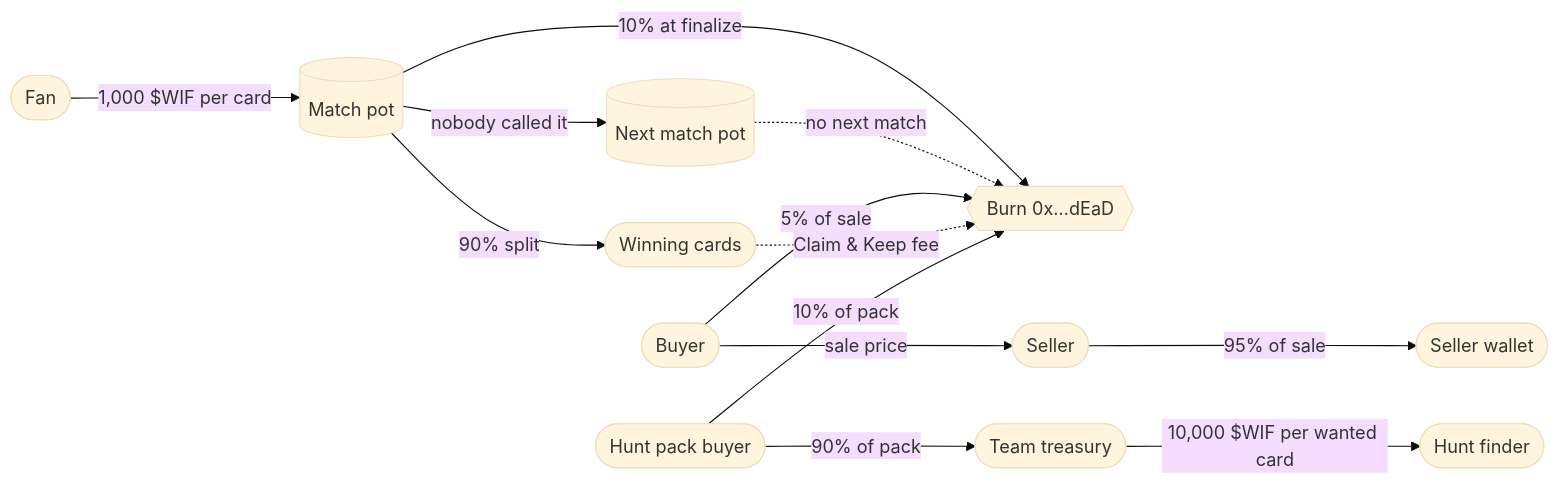
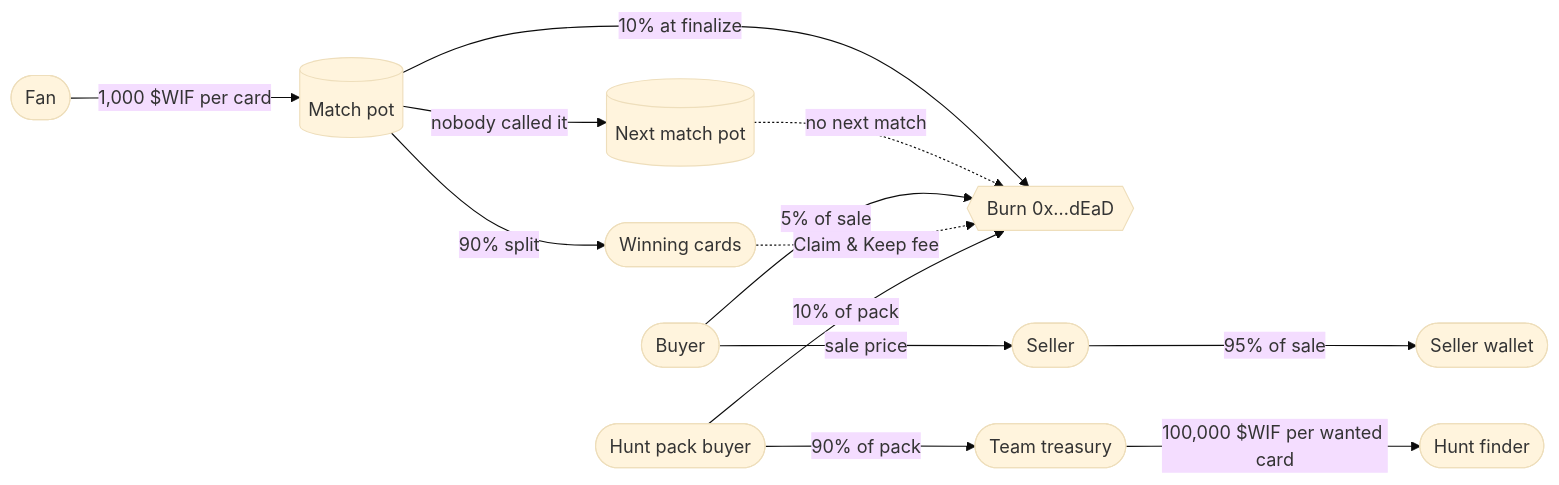
The first of 3 diagrams in README.md (youvandra/BallisFlat), drawn with Mermaid (base theme) before and after one commit. The commit also changed other lines of this file and 2 other files, not shown here.

Commit message:
chore(config): Hunt defaults follow round 2, a 10,000-card deck with 100,000 $WIF per wanted card

````diff
--- a/README.md
+++ b/README.md
@@ -115,15 +115,15 @@
 ```mermaid
 flowchart LR
     U([Fan]) -- "1,000 $WIF per card" --> P[(Match pot)]
     P -- "10% at finalize" --> B{{Burn 0x…dEaD}}
     P -- "90% split" --> W([Winning cards])
     P -- "nobody called it" --> N[(Next match pot)]
     N -. "no next match" .-> B
     S([Seller]) -- "95% of sale" --> S2([Seller wallet])
     BY([Buyer]) -- "sale price" --> S
     BY -- "5% of sale" --> B
     W -. "Claim & Keep fee" .-> B
     H([Hunt pack buyer]) -- "10% of pack" --> B
     H -- "90% of pack" --> T([Team treasury])
-    T -- "10,000 $WIF per wanted card" --> F([Hunt finder])
+    T -- "100,000 $WIF per wanted card" --> F([Hunt finder])
 ```
````
